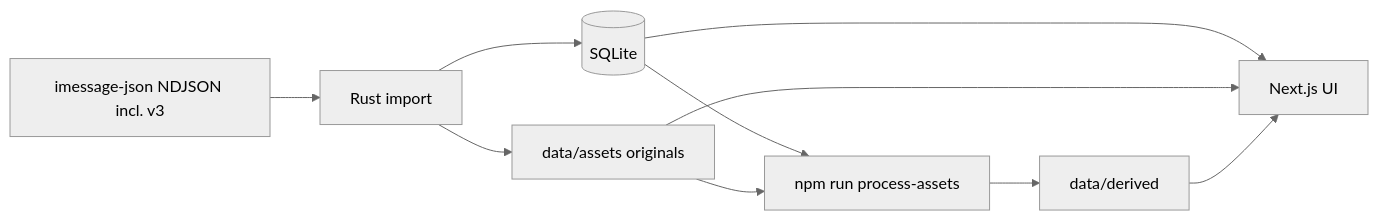
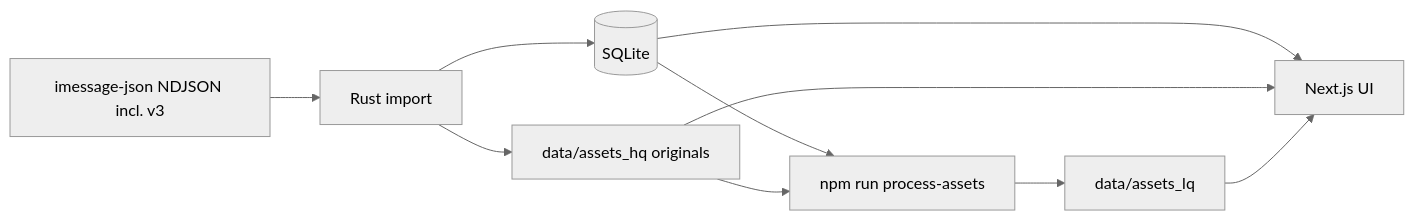
One commit to bitrealm-dev/message-vault-rs changed the diagram in README.md. Above: the diagram before and after it, drawn with Mermaid (neutral theme). The commit also changed other lines of this file and 8 other files, not shown here.

First line of the commit message:
Rename media dirs to assets_hq/lq and add import-contacts.

````diff
--- a/README.md
+++ b/README.md
@@ -145,12 +158,12 @@
 ```mermaid
 flowchart LR
   export[imessage-json NDJSON incl. v3] --> import[Rust import]
-  import --> assets[data/assets originals]
+  import --> assetsHq[data/assets_hq originals]
   import --> db[(SQLite)]
   db --> process[npm run process-assets]
-  assets --> process
-  process --> derived[data/derived]
+  assetsHq --> process
+  process --> assetsLq[data/assets_lq]
   db --> web[Next.js UI]
-  assets --> web
-  derived --> web
+  assetsHq --> web
+  assetsLq --> web
 ```
````
